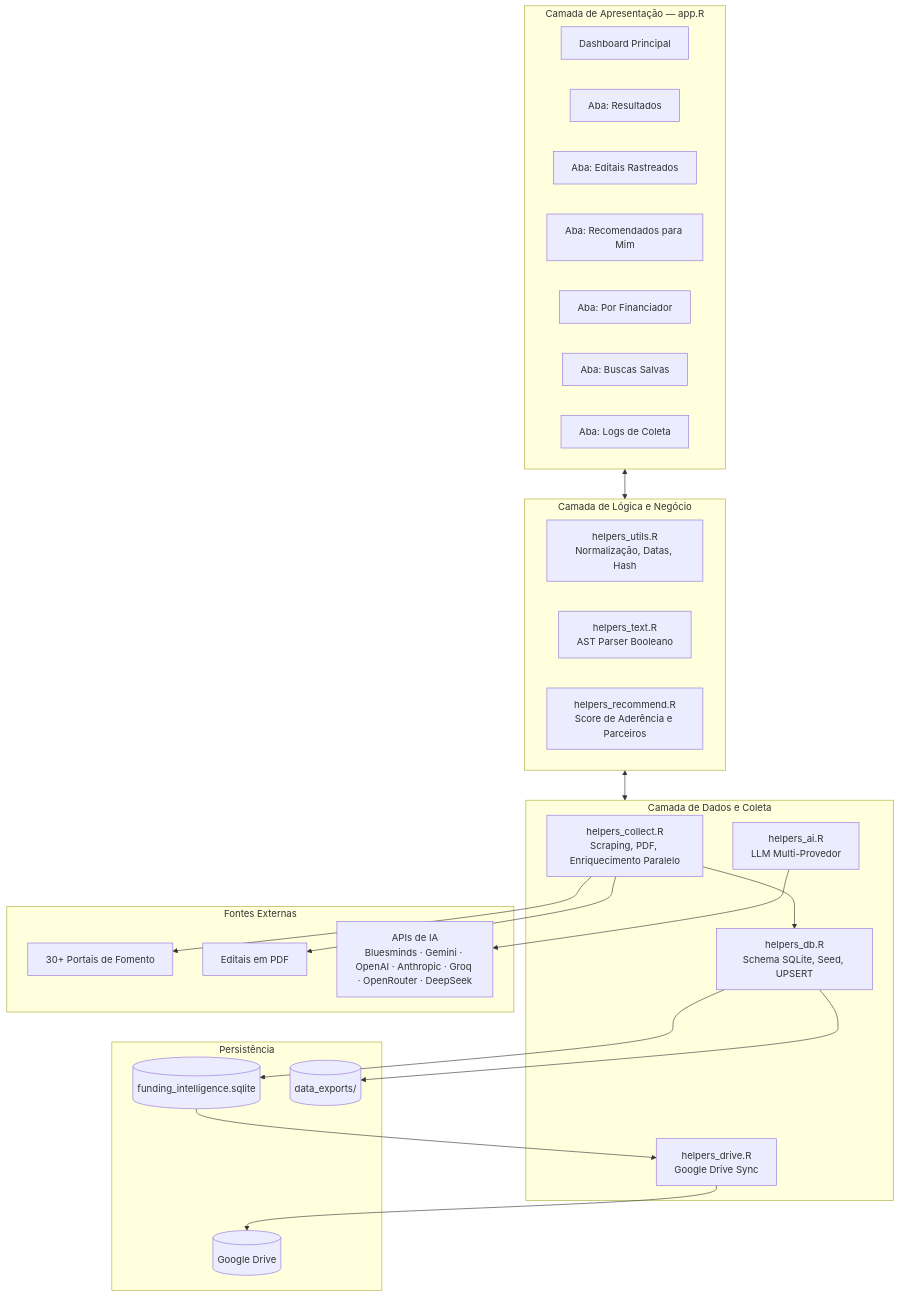
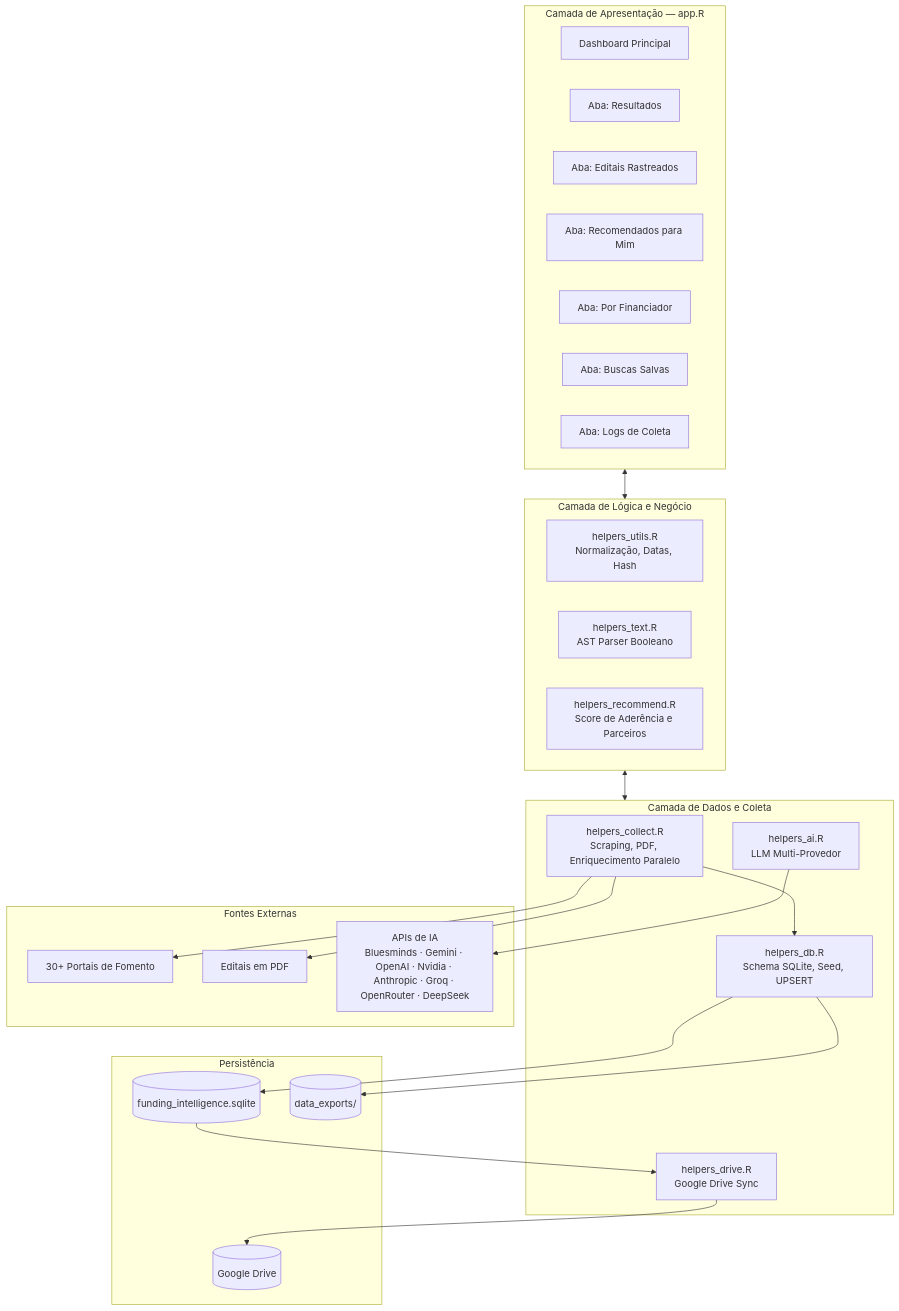
One commit to NEI-Senai-Cimatec/funding_intelligence changed the diagram in README.md. Above: the diagram before and after it, drawn with Mermaid. The commit also changed other lines of this file and 16 other files, not shown here.

````diff
--- a/README.md
+++ b/README.md
@@ -45,48 +45,48 @@
 ```mermaid
 flowchart TD
     subgraph UI [Camada de Apresentação — app.R]
         Dashboard[Dashboard Principal]
         TabResultados[Aba: Resultados]
         TabRastreados[Aba: Editais Rastreados]
         TabRecomendados[Aba: Recomendados para Mim]
         TabFinanciador[Aba: Por Financiador]
         TabBuscas[Aba: Buscas Salvas]
         TabLogs[Aba: Logs de Coleta]
     end
 
     subgraph Core [Camada de Lógica e Negócio]
         Utils[helpers_utils.R\nNormalização, Datas, Hash]
         TextSearch[helpers_text.R\nAST Parser Booleano]
         Recommend[helpers_recommend.R\nScore de Aderência e Parceiros]
     end
 
     subgraph Data [Camada de Dados e Coleta]
         Collect[helpers_collect.R\nScraping, PDF, Enriquecimento Paralelo]
         DB[helpers_db.R\nSchema SQLite, Seed, UPSERT]
         AI[helpers_ai.R\nLLM Multi-Provedor]
         Drive[helpers_drive.R\nGoogle Drive Sync]
     end
 
     subgraph Storage [Persistência]
         SQLite[(funding_intelligence.sqlite)]
         GDrive[(Google Drive)]
         Exports[(data_exports/)]
     end
 
     subgraph External [Fontes Externas]
         Fontes[30+ Portais de Fomento]
         PDFs[Editais em PDF]
-        LLMAPIs[APIs de IA\nBluesminds · Gemini · OpenAI · Anthropic · Groq · OpenRouter · DeepSeek]
+        LLMAPIs[APIs de IA\nBluesminds · Gemini · OpenAI · Nvidia · Anthropic · Groq · OpenRouter · DeepSeek]
     end
 
     UI <--> Core
     Core <--> Data
     Collect --> Fontes
     Collect --> PDFs
     AI --> LLMAPIs
     DB --> SQLite
     Drive --> GDrive
     Collect --> DB
     DB --> Exports
     SQLite --> Drive
 ```
````
